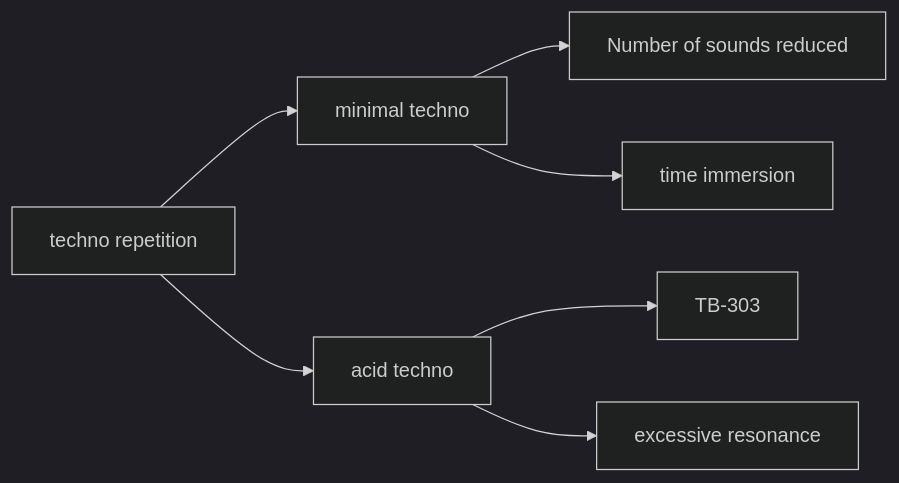
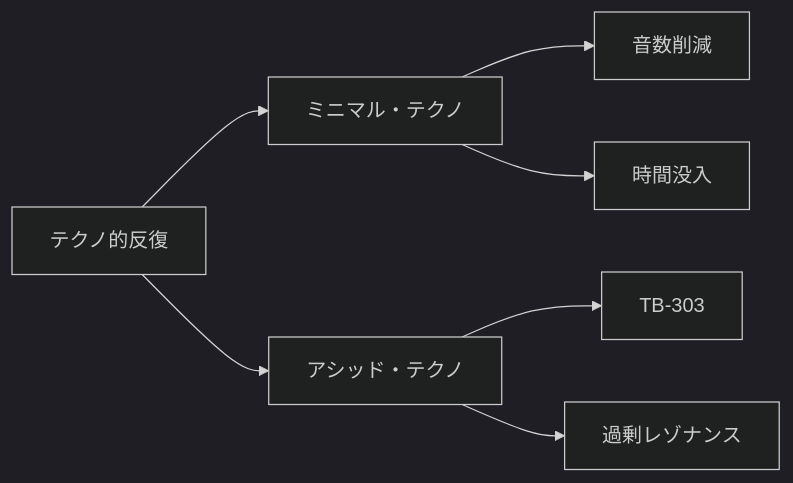
The diagram in en/_posts/2026-02-07-column-minimal-techno-acid-techno.md (monumental-movement/monumental-movement.github.io), drawn with Mermaid (dark theme) before and after one commit. The commit also changed other lines of this file and 2196 other files, not shown here.

```diff
--- a/en/_posts/2026-02-07-column-minimal-techno-acid-techno.md
+++ b/en/_posts/2026-02-07-column-minimal-techno-acid-techno.md
@@ -150,9 +149,9 @@
 <div class="mermaid">
 flowchart LR
-A[techno repetition] --> B[minimal techno]
-A --> C[acid techno]
-B --> D[Number of sounds reduced]
-B --> E[time immersion]
+A[テクノ的反復] --> B[ミニマル・テクノ]
+A --> C[アシッド・テクノ]
+B --> D[音数削減]
+B --> E[時間没入]
 C --> F[TB-303]
-C --> G[excessive resonance]
+C --> G[過剰レゾナンス]
 </div>
```
